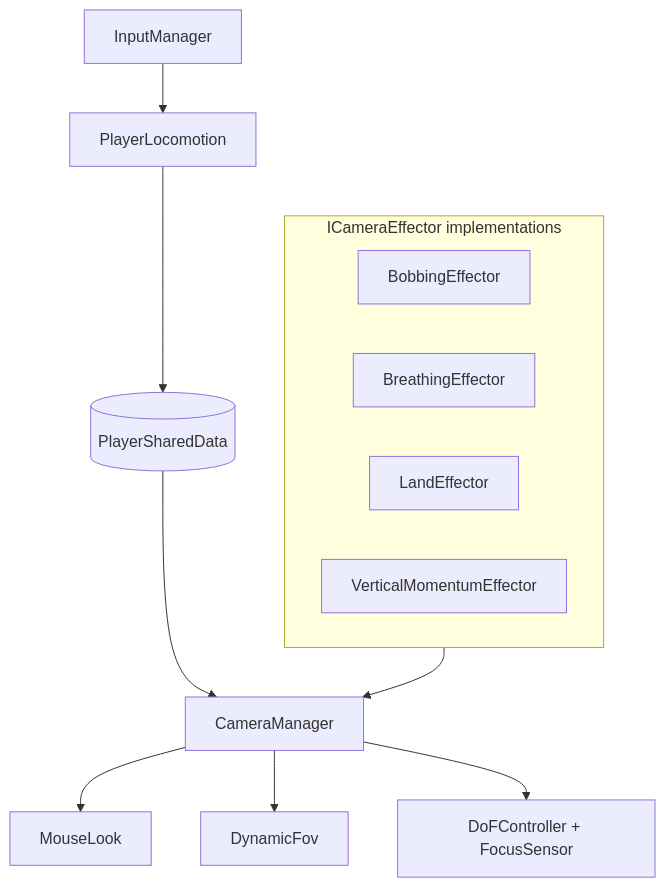
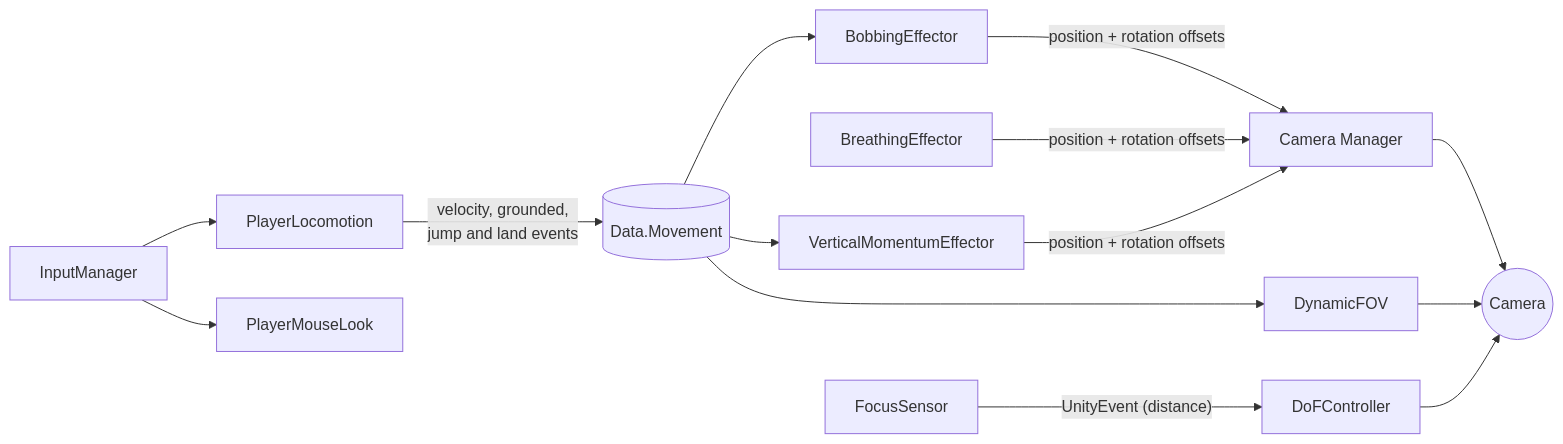
The second of 5 diagrams in README.md (N1mblexe/code-samples), drawn with Mermaid before and after one commit. The commit also changed other lines of this file and 3 other files, not shown here.

````diff
--- a/README.md
+++ b/README.md
@@ -90,18 +158,13 @@
 ```mermaid
-flowchart TB
-    IN[InputManager] --> PL[PlayerLocomotion]
-    PL --> SD[(PlayerSharedData)]
-    SD --> CM[CameraManager]
-
-    subgraph Effectors ["ICameraEffector implementations"]
-        B[BobbingEffector]
-        BR[BreathingEffector]
-        L[LandEffector]
-        V[VerticalMomentumEffector]
-    end
-
-    Effectors --> CM
-    CM --> ML[MouseLook]
-    CM --> FOV[DynamicFov]
-    CM --> PP[DoFController + FocusSensor]
+flowchart LR
+    IM[InputManager] --> PL[PlayerLocomotion]
+    IM --> ML[PlayerMouseLook]
+    PL -->|"velocity, grounded,<br/>jump and land events"| MV[(Data.Movement)]
+    MV --> BOB[BobbingEffector]
+    MV --> VM[VerticalMomentumEffector]
+    BR[BreathingEffector]
+    BOB & BR & VM -->|"position + rotation offsets"| CM[Camera Manager]
+    CM --> CAM((Camera))
+    MV --> FOV[DynamicFOV] --> CAM
+    FS[FocusSensor] -->|"UnityEvent (distance)"| DOF[DoFController] --> CAM
 ```
````
